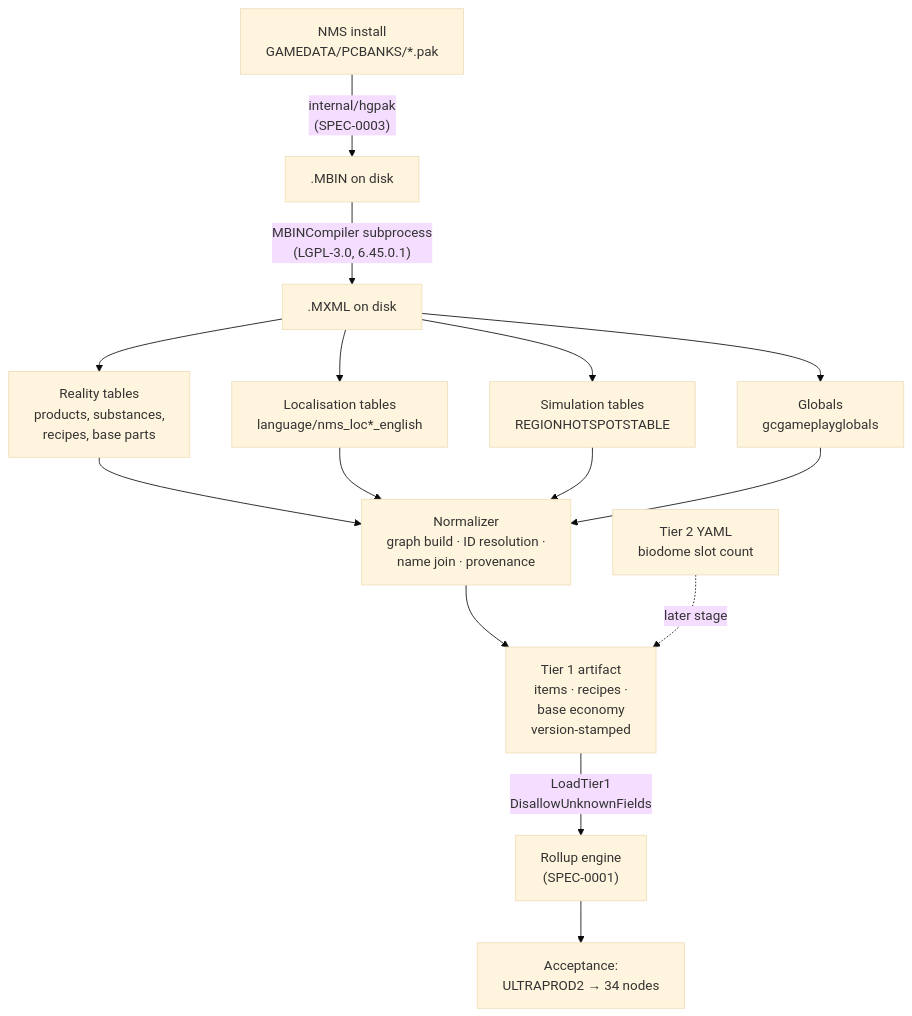
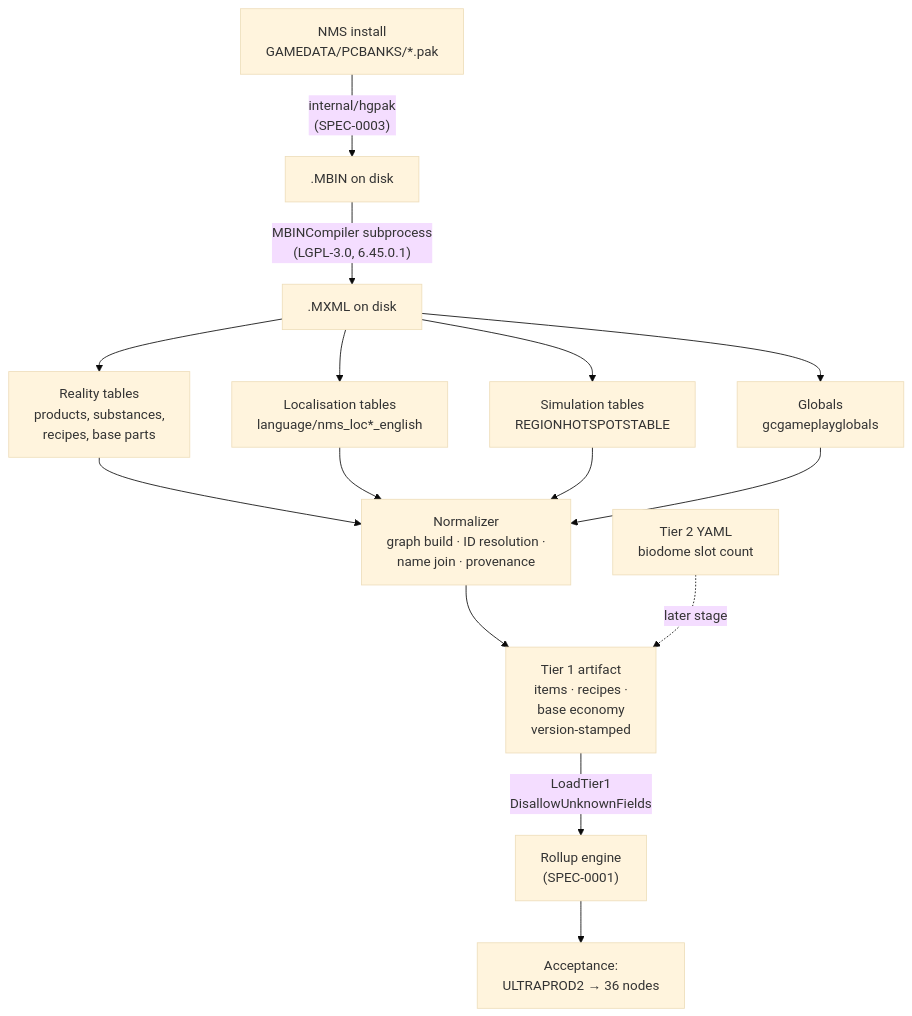
One commit to jonstump/nms-base-planner changed the diagram in docs/openspec/specs/tier1-normalizer/design.md. Above: the diagram before and after it, drawn with Mermaid (base theme). The commit also changed 4 other files, not shown here.

````diff
--- a/docs/openspec/specs/tier1-normalizer/design.md
+++ b/docs/openspec/specs/tier1-normalizer/design.md
@@ -97,21 +97,21 @@
 ```mermaid
 graph TD
     A["NMS install<br/>GAMEDATA/PCBANKS/*.pak"] -->|"internal/hgpak<br/>(SPEC-0003)"| B[".MBIN on disk"]
     B -->|"MBINCompiler subprocess<br/>(LGPL-3.0, 6.45.0.1)"| C[".MXML on disk"]
 
     C --> D["Reality tables<br/>products, substances,<br/>recipes, base parts"]
     C --> E["Localisation tables<br/>language/nms_loc*_english"]
     C --> F["Simulation tables<br/>REGIONHOTSPOTSTABLE"]
     C --> G["Globals<br/>gcgameplayglobals"]
 
     D --> H["Normalizer<br/>graph build · ID resolution ·<br/>name join · provenance"]
     E --> H
     F --> H
     G --> H
 
     H --> I["Tier 1 artifact<br/>items · recipes ·<br/>base economy<br/>version-stamped"]
     I -->|"LoadTier1<br/>DisallowUnknownFields"| J["Rollup engine<br/>(SPEC-0001)"]
-    J --> K["Acceptance:<br/>ULTRAPROD2 → 34 nodes"]
+    J --> K["Acceptance:<br/>ULTRAPROD2 → 36 nodes"]
 
     L["Tier 2 YAML<br/>biodome slot count"] -.->|later stage| I
 ```
````
